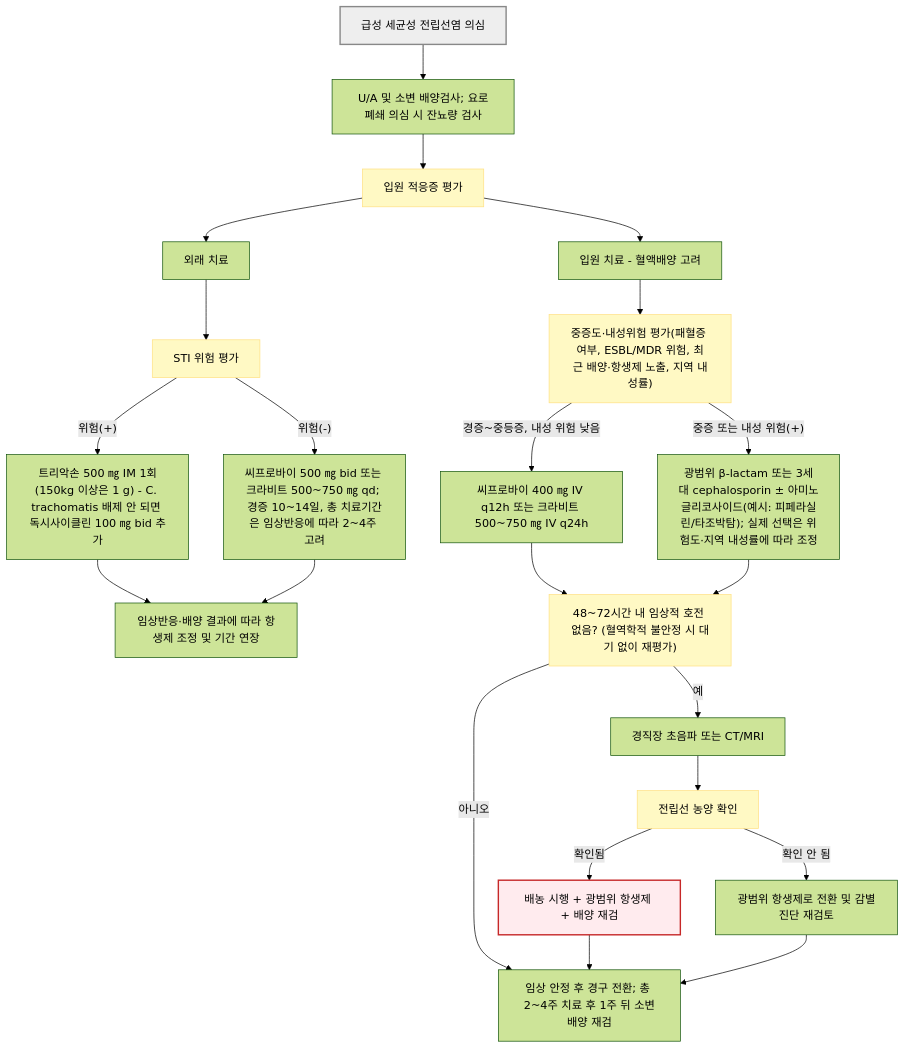
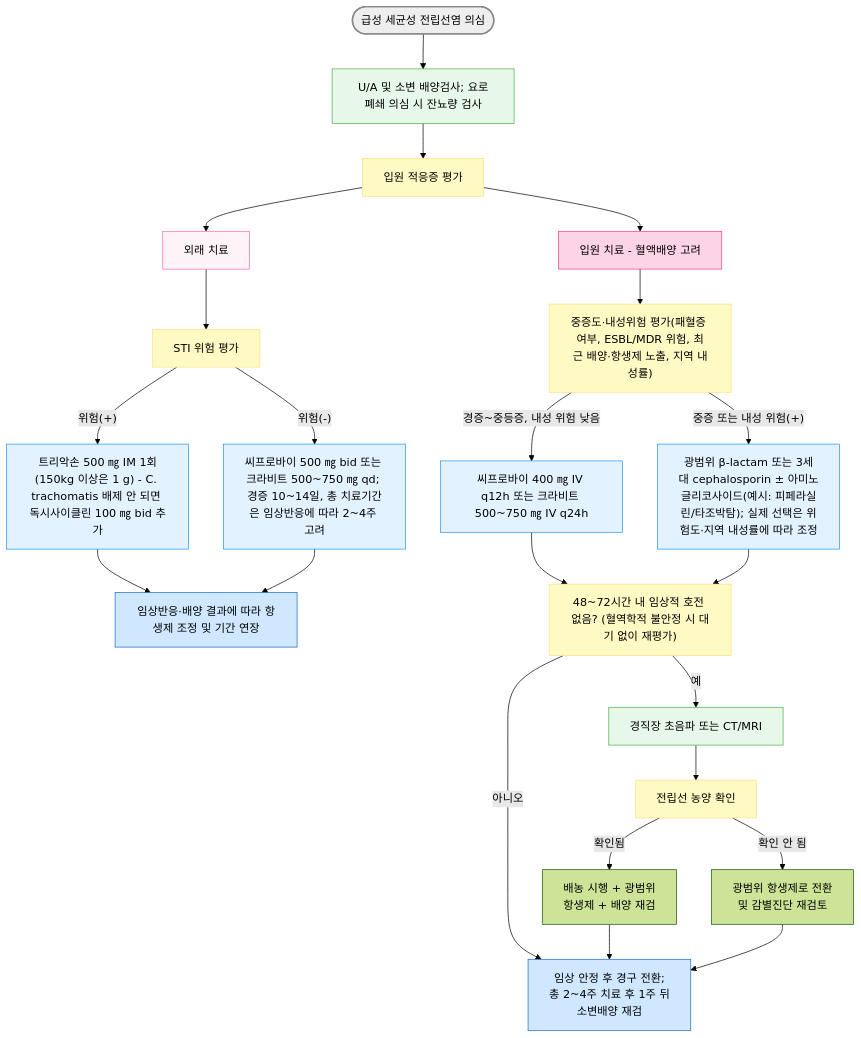
Before and after one commit to familyoh77/familyoh77: the first of 2 diagrams in 227_/120_-prostatitis.md, drawn with Mermaid (forest theme). The commit also changed other lines of this file, not shown here.

````diff
--- a/227_/120_-prostatitis.md
+++ b/227_/120_-prostatitis.md
@@ -195,34 +195,37 @@
 ```mermaid
 graph TD
-    Start["급성 세균성 전립선염 의심"] --> UA["U/A 및 소변 배양검사; 요로폐쇄 의심 시 잔뇨량 검사"]
+    Start(["급성 세균성 전립선염 의심"]) --> UA["U/A 및 소변 배양검사; 요로폐쇄 의심 시 잔뇨량 검사"]
     UA --> AdmitQ["입원 적응증 평가"]
     AdmitQ --> OPD["외래 치료"]
     AdmitQ --> IPD["입원 치료 - 혈액배양 고려"]
-
     OPD --> STIQ["STI 위험 평가"]
     STIQ -->|"위험(+)"| Rx1["트리악손 500 ㎎ IM 1회(150kg 이상은 1 g) - C. trachomatis 배제 안 되면 독시사이클린 100 ㎎ bid 추가"]
     STIQ -->|"위험(-)"| Rx2["씨프로바이 500 ㎎ bid 또는 크라비트 500~750 ㎎ qd; 경증 10~14일, 총 치료기간은 임상반응에 따라 2~4주 고려"]
     Rx1 --> F1["임상반응·배양 결과에 따라 항생제 조정 및 기간 연장"]
     Rx2 --> F1
-
     IPD --> SevQ["중증도·내성위험 평가(패혈증 여부, ESBL/MDR 위험, 최근 배양·항생제 노출, 지역 내성률)"]
     SevQ -->|"경증~중등증, 내성 위험 낮음"| Rx3["씨프로바이 400 ㎎ IV q12h 또는 크라비트 500~750 ㎎ IV q24h"]
     SevQ -->|"중증 또는 내성 위험(+)"| Rx4["광범위 β-lactam 또는 3세대 cephalosporin ± 아미노글리코사이드(예시: 피페라실린/타조박탐); 실제 선택은 위험도·지역 내성률에 따라 조정"]
     Rx3 --> RespQ["48~72시간 내 임상적 호전 없음? (혈역학적 불안정 시 대기 없이 재평가)"]
     Rx4 --> RespQ
-    RespQ -->|"아니오"| Stable["임상 안정 후 경구 전환; 총 2~4주 치료 후 1주 뒤 소변배양 재검"]
+    RespQ -->|"아니오"| Stable["임상 안정 후 경구 전환; <br/>총 2~4주 치료 후 1주 뒤<br/> 소변배양 재검"]
     RespQ -->|"예"| Img["경직장 초음파 또는 CT/MRI"]
     Img --> AbsQ["전립선 농양 확인"]
-    AbsQ -->|"확인됨"| Drain["배농 시행 + 광범위 항생제 + 배양 재검"]
-    AbsQ -->|"확인 안 됨"| Broaden["광범위 항생제로 전환 및 감별진단 재검토"]
+    AbsQ -->|"확인됨"| Drain["배농 시행 + 광범위 <br/>항생제 + 배양 재검"]
+    AbsQ -->|"확인 안 됨"| Broaden["광범위 항생제로 전환<br/> 및 감별진단 재검토"]
     Drain --> Stable
     Broaden --> Stable
 
-    style Start fill:#eeeeee,stroke:#888888,stroke-width:2px
-    style AdmitQ fill:#fff9c4,stroke:#ffe082
-    style STIQ fill:#fff9c4,stroke:#ffe082
-    style SevQ fill:#fff9c4,stroke:#ffe082
-    style RespQ fill:#fff9c4,stroke:#ffe082
-    style AbsQ fill:#fff9c4,stroke:#ffe082
-    style Drain fill:#ffebee,stroke:#c62828,stroke-width:2px
+style Start fill:#eeeeee,stroke:#888888,stroke-width:2px
+classDef yellow fill:#fff9c4,stroke:#ffe082
+class AdmitQ,STIQ,SevQ,RespQ,AbsQ yellow
+style OPD fill:#fef4f8,stroke:#f06baf
+style IPD fill:#fcd4e6,stroke:#e0448e
+classDef sky fill:#e3f2ff,stroke:#2196f3
+class Rx1,Rx2,Rx3,Rx4 sky
+classDef blue fill:#d0e8ff,stroke:#1a6abf
+class F1,Stable blue
+classDef lightGreen fill:#e8f8e8,stroke:#4caf50
+class UA,Img lightGreen
+
 ```
````
